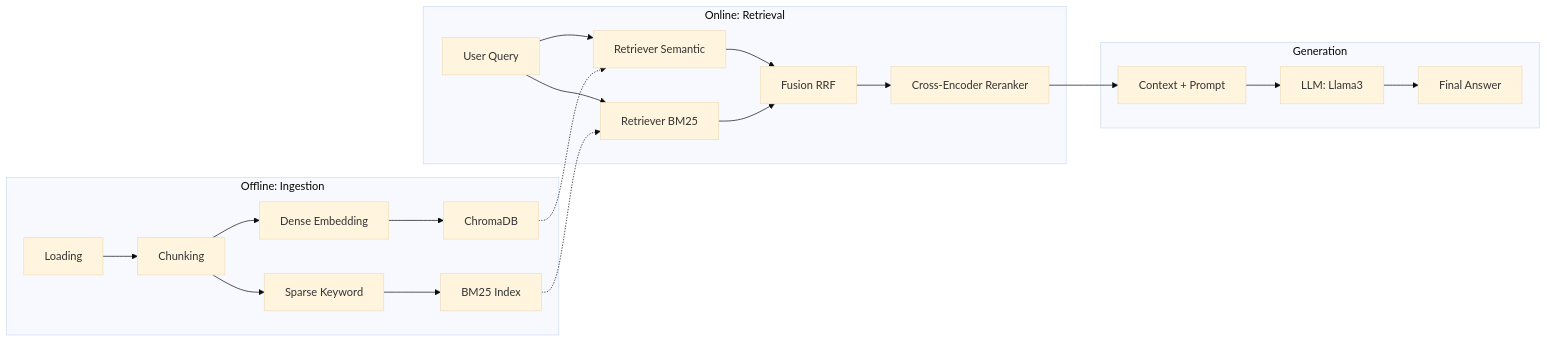
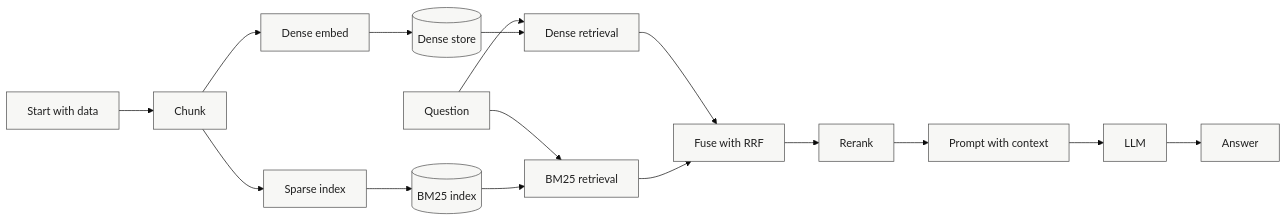
One commit to Troy-LL/RAGgedy changed the diagram in 02_Advanced_RAG/README.md. Above: the diagram before and after it, drawn with Mermaid (base theme). The commit also changed other lines of this file and 2 other files, not shown here.

````diff
--- a/02_Advanced_RAG/README.md
+++ b/02_Advanced_RAG/README.md
@@ -11,26 +9,21 @@
 ```mermaid
-graph LR
-    subgraph Offline: Ingestion
-        A[Loading] --> B[Chunking]
-        B --> C1[Dense Embedding]
-        B --> C2[Sparse Keyword]
-        C1 --> D1[ChromaDB]
-        C2 --> D2[BM25 Index]
-    end
-    
-    subgraph Online: Retrieval
-        E[User Query] --> F1[Retriever Semantic]
-        E --> F2[Retriever BM25]
-        D1 -.-> F1
-        D2 -.-> F2
-        F1 --> G[Fusion RRF]
-        F2 --> G
-        G --> H[Cross-Encoder Reranker]
-    end
-    
-    subgraph Generation
-        H --> I[Context + Prompt]
-        I --> J[LLM: Llama3]
-        J --> K[Final Answer]
-    end
+flowchart LR
+	A[Start with data] --> B[Chunk]
+	B --> C1[Dense embed]
+	B --> C2[Sparse index]
+	C1 --> D1[(Dense store)]
+	C2 --> D2[(BM25 index)]
+	Q[Question] --> R1[Dense retrieval]
+	Q --> R2[BM25 retrieval]
+	D1 --> R1
+	D2 --> R2
+	R1 --> F[Fuse with RRF]
+	R2 --> F
+	F --> X[Rerank]
+	X --> P[Prompt with context]
+	P --> L[LLM]
+	L --> O[Answer]
+
+	classDef step fill:#f7f7f5,stroke:#4c4c4c,color:#1f1f1f;
+	class A,B,C1,C2,D1,D2,Q,R1,R2,F,X,P,L,O step;
 ```
````
